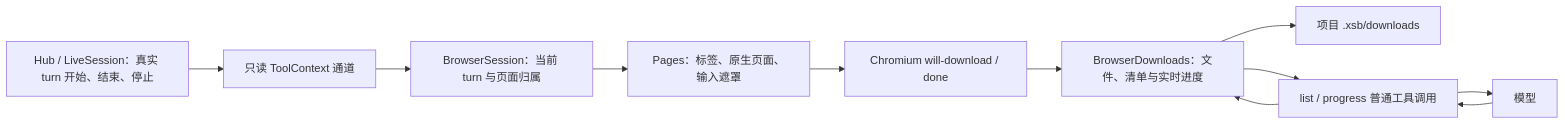
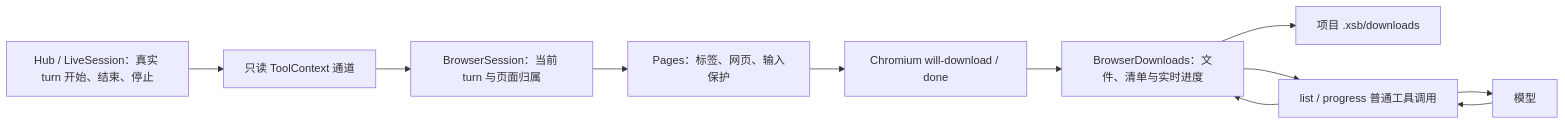
Before and after one commit to mrchaofan/xSB: the diagram in docs/optimization/in-app-browser.md, drawn with Mermaid. The commit also changed other lines of this file and 33 other files, not shown here.

````diff
--- a/docs/optimization/in-app-browser.md
+++ b/docs/optimization/in-app-browser.md
@@ -26,13 +26,13 @@
 ```mermaid
 flowchart LR
   H[Hub / LiveSession：真实 turn 开始、结束、停止] --> C[只读 ToolContext 通道]
   C --> B[BrowserSession：当前 turn 与页面归属]
-  B --> P[Pages：标签、原生页面、输入遮罩]
+  B --> P[Pages：标签、网页、输入保护]
   P --> D[Chromium will-download / done]
   D --> L[BrowserDownloads：文件、清单与实时进度]
   L --> F[项目 .xsb/downloads]
   M[模型] --> Q[list / progress 普通工具调用]
   Q --> L
   L --> Q
   Q --> M
 ```
````
